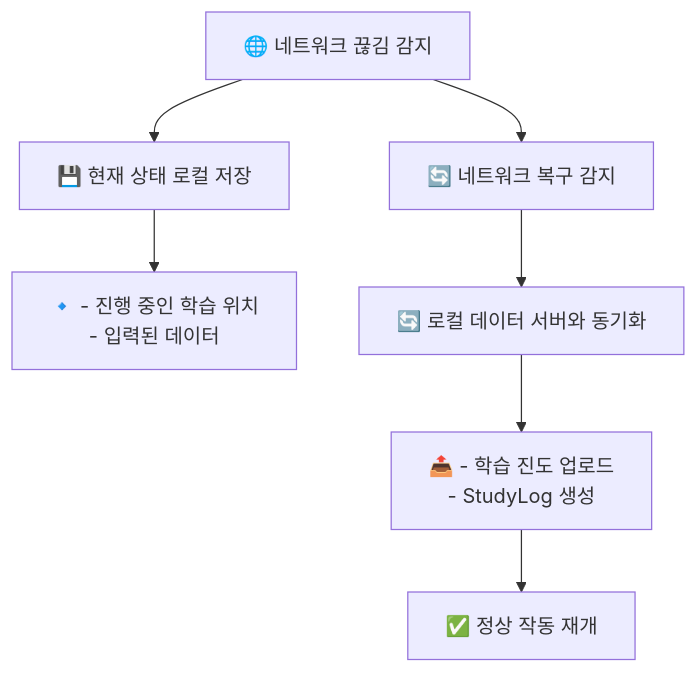
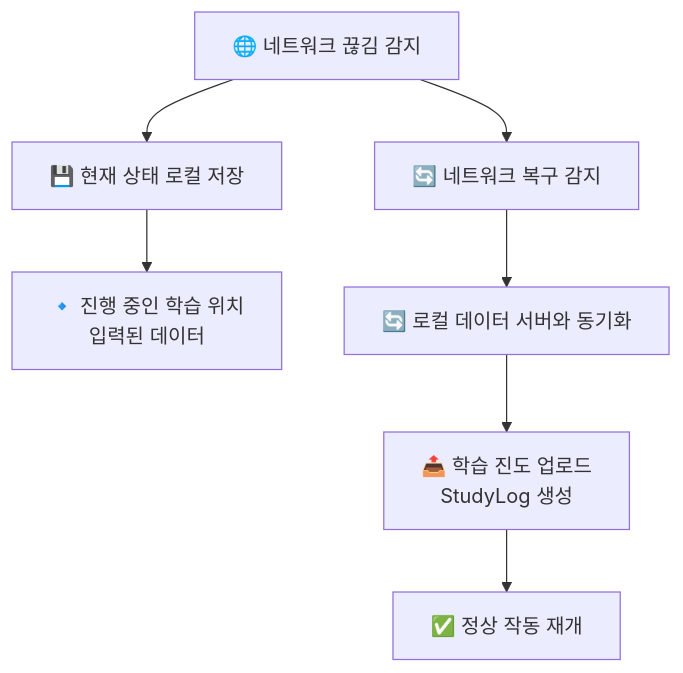
One commit to hamonia777/Real-time-sign-language-translation-service-Backend changed diagram 15 of 15 in doc/USER_FLOW.md. Above: the diagram before and after it, drawn with Mermaid. The commit also changed other lines of this file, not shown here.

Commit message:
FIX : mermaid 코드 에러 수정

````diff
--- a/doc/USER_FLOW.md
+++ b/doc/USER_FLOW.md
@@ -299,9 +316,9 @@
 ```mermaid
 graph TD
     A["🌐 네트워크 끊김 감지"] --> B["💾 현재 상태 로컬 저장"]
-    B --> C["🔹 - 진행 중인 학습 위치<br/>- 입력된 데이터"]
+    B --> C["🔹 진행 중인 학습 위치<br/>입력된 데이터"]
     A --> D["🔄 네트워크 복구 감지"]
     D --> E["🔄 로컬 데이터 서버와 동기화"]
-    E --> F["📤 - 학습 진도 업로드<br/>- StudyLog 생성"]
+    E --> F["📤 학습 진도 업로드<br/>StudyLog 생성"]
     F --> G["✅ 정상 작동 재개"]
 ```
````
